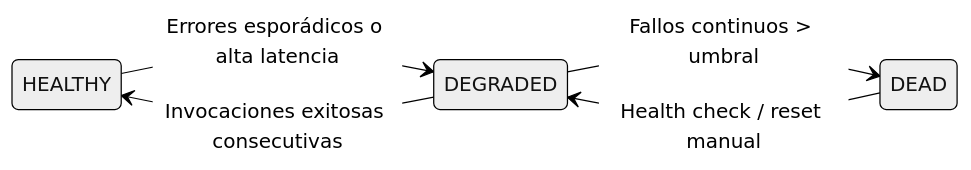
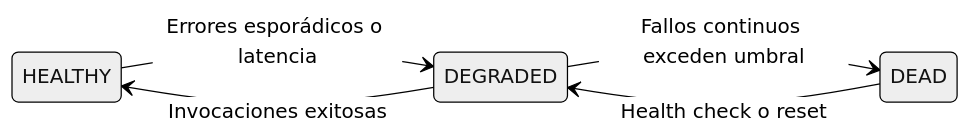
One commit to GountzJs/gountz-ia changed the second of 2 diagrams in docs/orchy/microkernel.md. Above: the diagram before and after it, drawn with Mermaid (neutral theme). The commit also changed other lines of this file and 14 other files, not shown here.

````diff
--- a/docs/orchy/microkernel.md
+++ b/docs/orchy/microkernel.md
@@ -63,8 +63,8 @@
 ```mermaid
 stateDiagram-v2
     direction LR
-    HEALTHY --> DEGRADED: Errores esporádicos o alta latencia
-    DEGRADED --> HEALTHY: Invocaciones exitosas consecutivas
-    DEGRADED --> DEAD: Fallos continuos > umbral
-    DEAD --> DEGRADED: Health check / reset manual
+    HEALTHY --> DEGRADED: Errores esporádicos o latencia
+    DEGRADED --> HEALTHY: Invocaciones exitosas
+    DEGRADED --> DEAD: Fallos continuos exceden umbral
+    DEAD --> DEGRADED: Health check o reset
 ```
````
